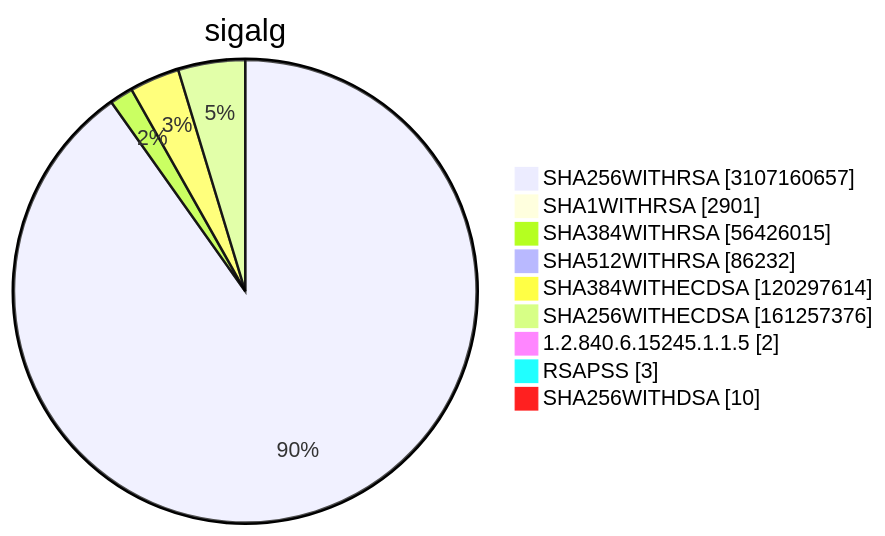
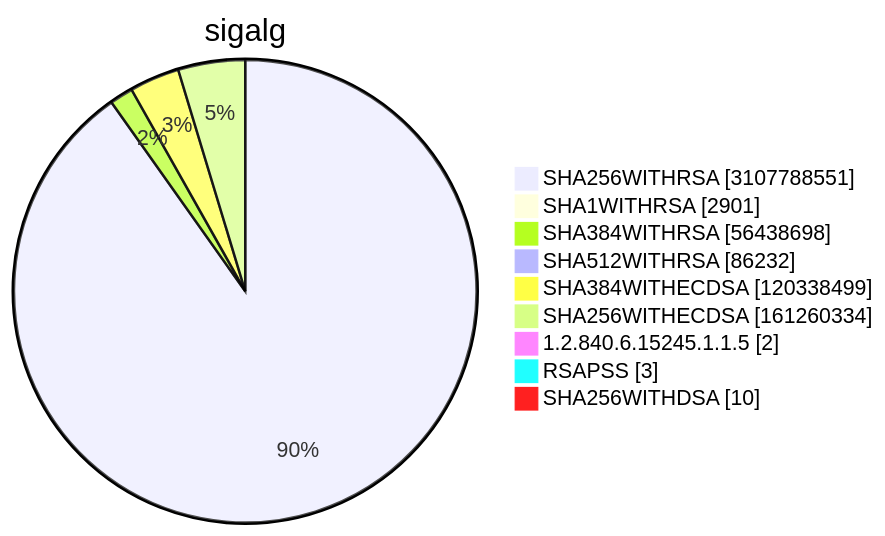
Diagram 15 of 15 in TOTAL/README.md (christiankrug/ctmonitor_visualization), drawn with Mermaid before and after one commit. The commit also changed other lines of this file, not shown here.

````diff
--- a/TOTAL/README.md
+++ b/TOTAL/README.md
@@ -6212,13 +6212,13 @@
 ```mermaid
 pie showData
 title sigalg
-"SHA256WITHRSA" :3107160657
+"SHA256WITHRSA" :3107788551
 "SHA1WITHRSA" :2901
-"SHA384WITHRSA" :56426015
+"SHA384WITHRSA" :56438698
 "SHA512WITHRSA" :86232
-"SHA384WITHECDSA" :120297614
-"SHA256WITHECDSA" :161257376
+"SHA384WITHECDSA" :120338499
+"SHA256WITHECDSA" :161260334
 "1.2.840.6.15245.1.1.5" :2
 "RSAPSS" :3
 "SHA256WITHDSA" :10
 ```
````
